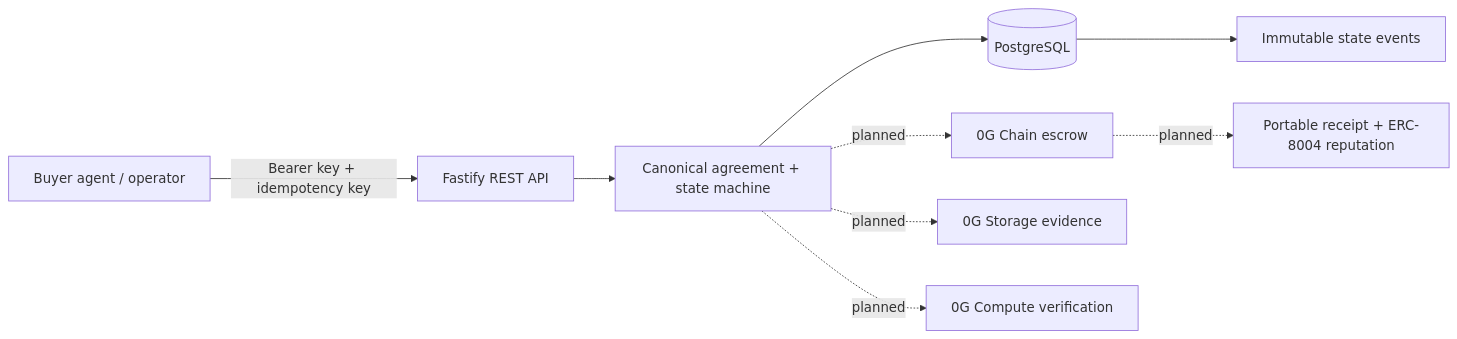
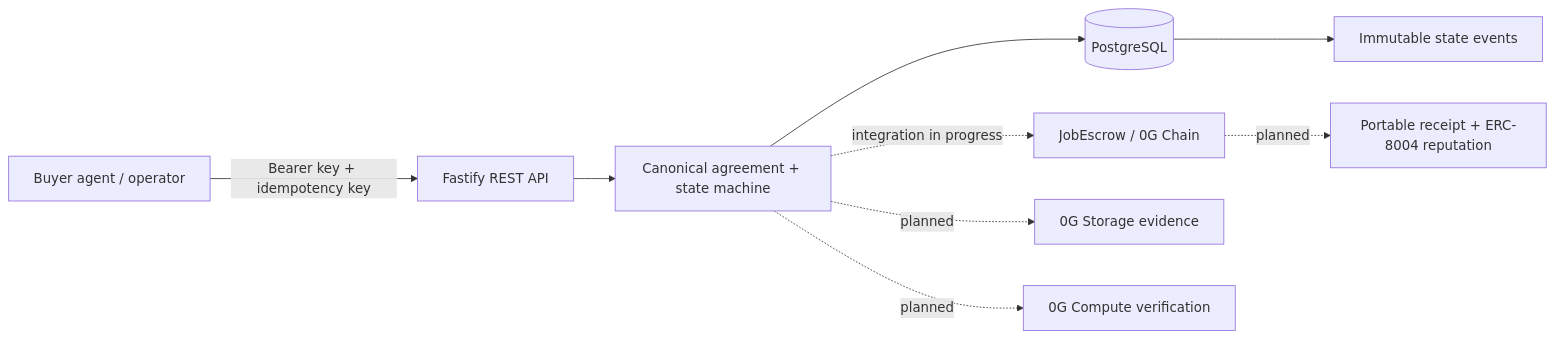
Before and after one commit to anikeaty08/AgentClear: the diagram in README.md, drawn with Mermaid. The commit also changed other lines of this file and 13 other files, not shown here.

Commit message:
feat: add secure native job escrow

````diff
--- a/README.md
+++ b/README.md
@@ -7,11 +7,11 @@
 ```mermaid
 flowchart LR
   Client[Buyer agent / operator] -->|Bearer key + idempotency key| API[Fastify REST API]
   API --> Domain[Canonical agreement + state machine]
   Domain --> DB[(PostgreSQL)]
   DB --> Events[Immutable state events]
-  Domain -. planned .-> Chain[0G Chain escrow]
+  Domain -. integration in progress .-> Chain[JobEscrow / 0G Chain]
   Domain -. planned .-> Storage[0G Storage evidence]
   Domain -. planned .-> Compute[0G Compute verification]
   Chain -. planned .-> Receipt[Portable receipt + ERC-8004 reputation]
 ```
````
